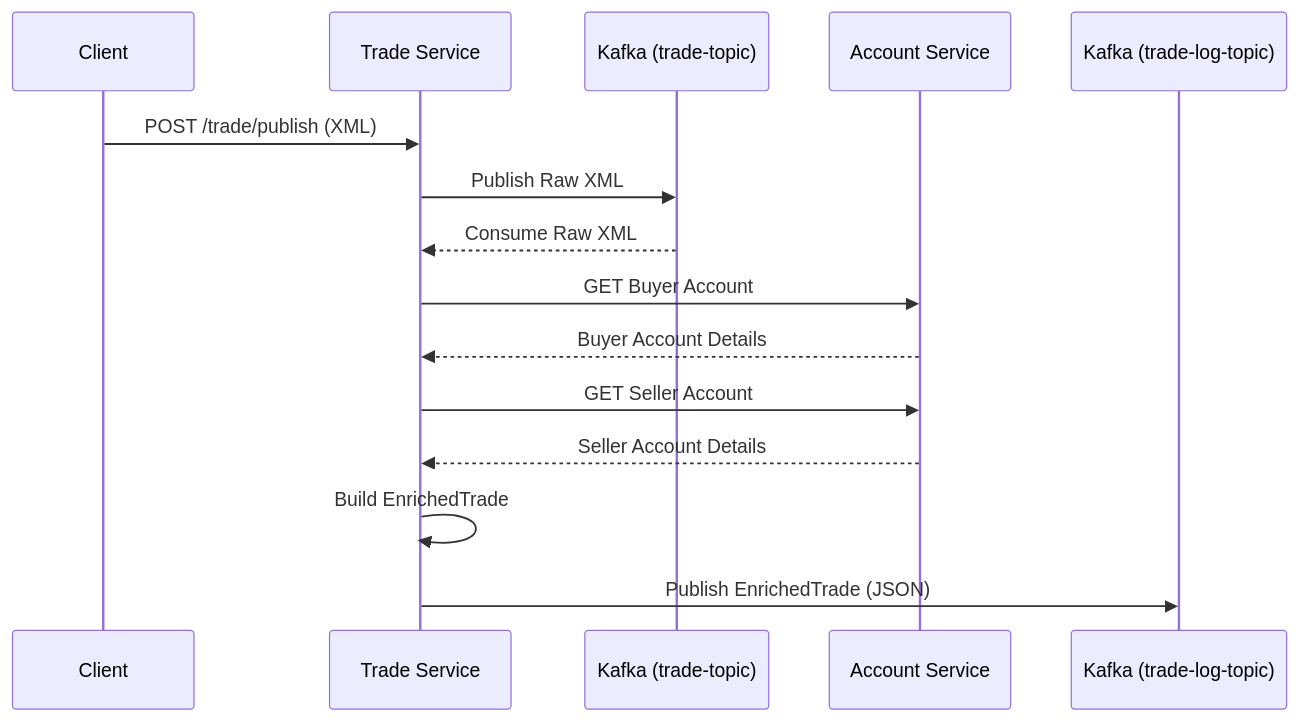
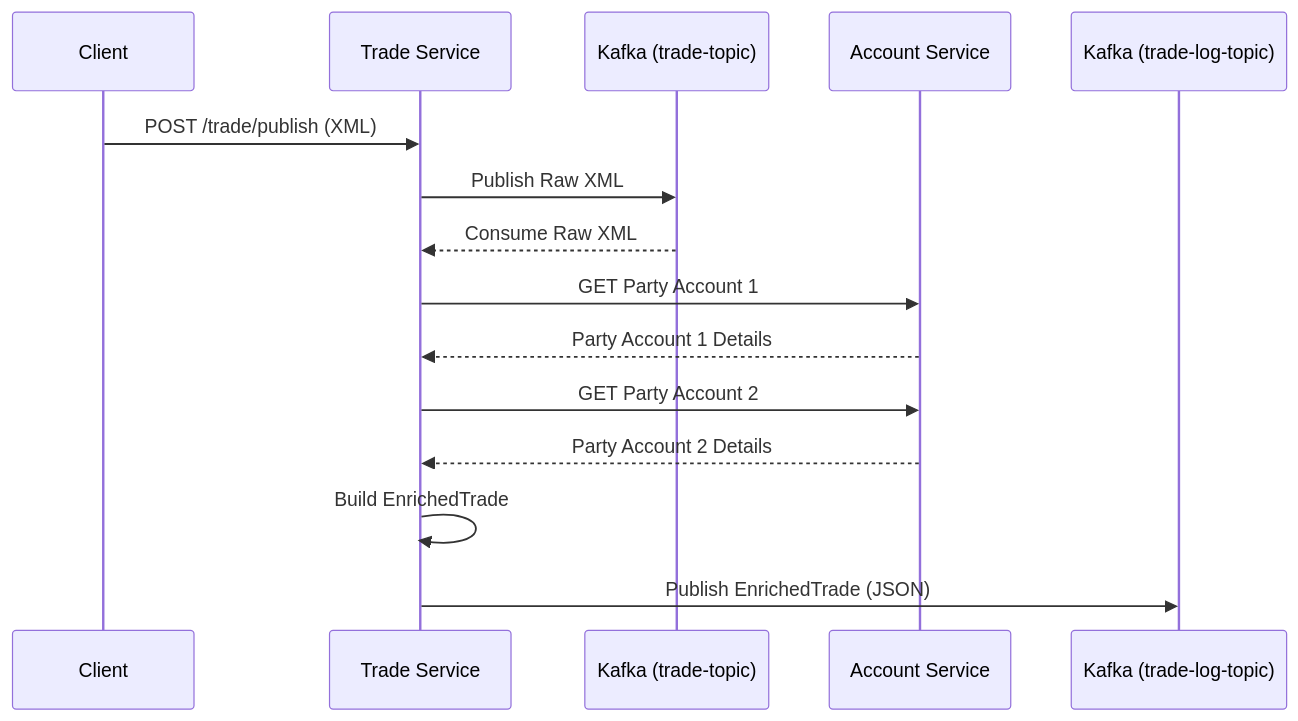
One commit to vanessarodriguesatwork/Trade-Enrichment-System changed the second of 4 diagrams in README.md. Above: the diagram before and after it, drawn with Mermaid. The commit also changed other lines of this file, not shown here.

````diff
--- a/README.md
+++ b/README.md
@@ -79,18 +79,18 @@
 ```mermaid
 sequenceDiagram
     participant C as Client
     participant TS as Trade Service
     participant KT as Kafka (trade-topic)
     participant AS as Account Service
     participant KTL as Kafka (trade-log-topic)
 
     C->>TS: POST /trade/publish (XML)
     TS->>KT: Publish Raw XML
     KT-->>TS: Consume Raw XML
-    TS->>AS: GET Buyer Account
-    AS-->>TS: Buyer Account Details
-    TS->>AS: GET Seller Account
-    AS-->>TS: Seller Account Details
+    TS->>AS: GET Party Account 1
+    AS-->>TS: Party Account 1 Details
+    TS->>AS: GET Party Account 2
+    AS-->>TS: Party Account 2 Details
     TS->>TS: Build EnrichedTrade
     TS->>KTL: Publish EnrichedTrade (JSON)
 ```
````
